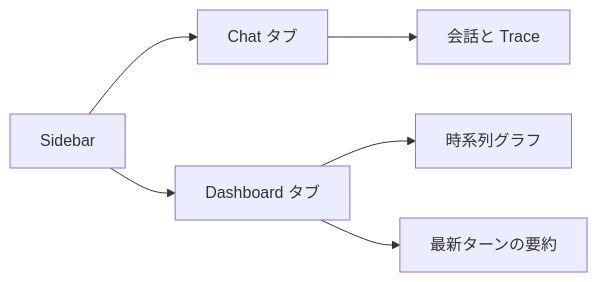
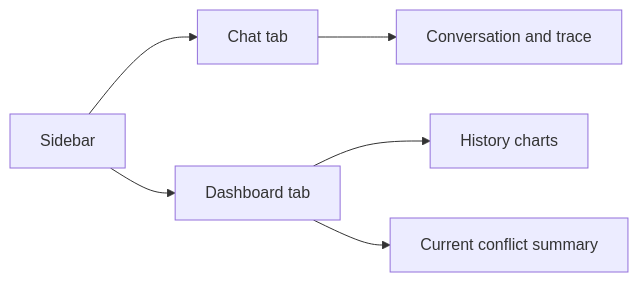
The first of 2 diagrams in guides/streamlit-ui.md (yatarousan0227/SplitMind-AI), drawn with Mermaid before and after one commit. The commit also changed other lines of this file and 100 other files, not shown here.

````diff
--- a/guides/streamlit-ui.md
+++ b/guides/streamlit-ui.md
@@ -6,8 +5,8 @@
 ```mermaid
 flowchart LR
-    A["Sidebar"] --> B["Chat タブ"]
-    A --> C["Dashboard タブ"]
-    B --> D["会話と Trace"]
-    C --> E["時系列グラフ"]
-    C --> F["最新ターンの要約"]
+    A["Sidebar"] --> B["Chat tab"]
+    A --> C["Dashboard tab"]
+    B --> D["Conversation and trace"]
+    C --> E["History charts"]
+    C --> F["Current conflict summary"]
 ```
````
